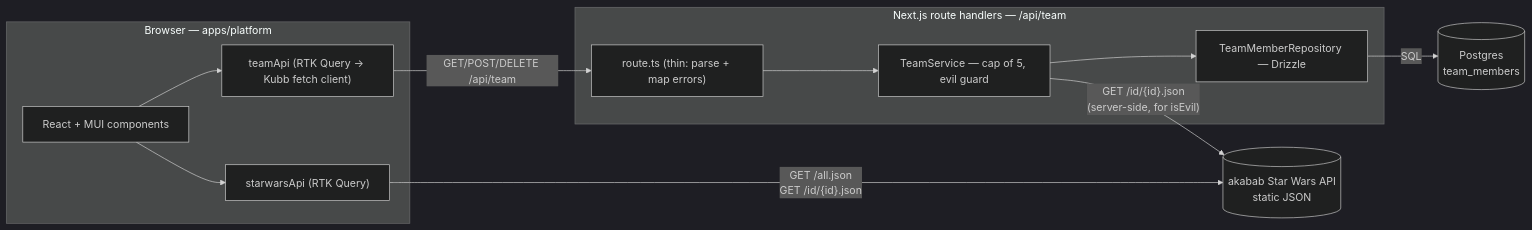
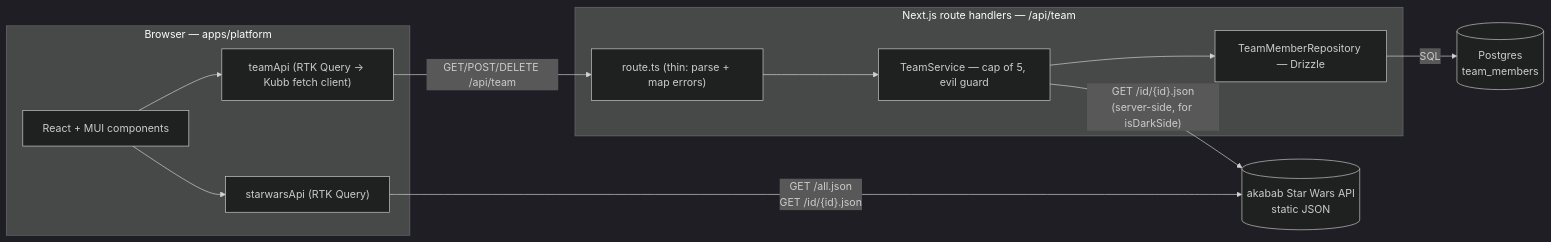
The diagram in plans/plan.md (stijnvanhulle/starwars), drawn with Mermaid (dark theme) before and after one commit. The commit also changed other lines of this file and 12 other files, not shown here.

````diff
--- a/plans/plan.md
+++ b/plans/plan.md
@@ -39,26 +39,26 @@
 ```mermaid
 flowchart LR
   subgraph browser["Browser — apps/platform"]
     ui["React + MUI components"]
     sw["starwarsApi (RTK Query)"]
     team["teamApi (RTK Query → Kubb fetch client)"]
     ui --> sw
     ui --> team
   end
 
   akabab[("akabab Star Wars API<br/>static JSON")]
 
   subgraph nextapi["Next.js route handlers — /api/team"]
     route["route.ts (thin: parse + map errors)"]
     service["TeamService — cap of 5, evil guard"]
     repo["TeamMemberRepository — Drizzle"]
     route --> service --> repo
   end
 
   pg[("Postgres<br/>team_members")]
 
   sw -- "GET /all.json<br/>GET /id/{id}.json" --> akabab
   team -- "GET/POST/DELETE /api/team" --> route
-  service -- "GET /id/{id}.json<br/>(server-side, for isEvil)" --> akabab
+  service -- "GET /id/{id}.json<br/>(server-side, for isDarkSide)" --> akabab
   repo -- "SQL" --> pg
 ```
````
